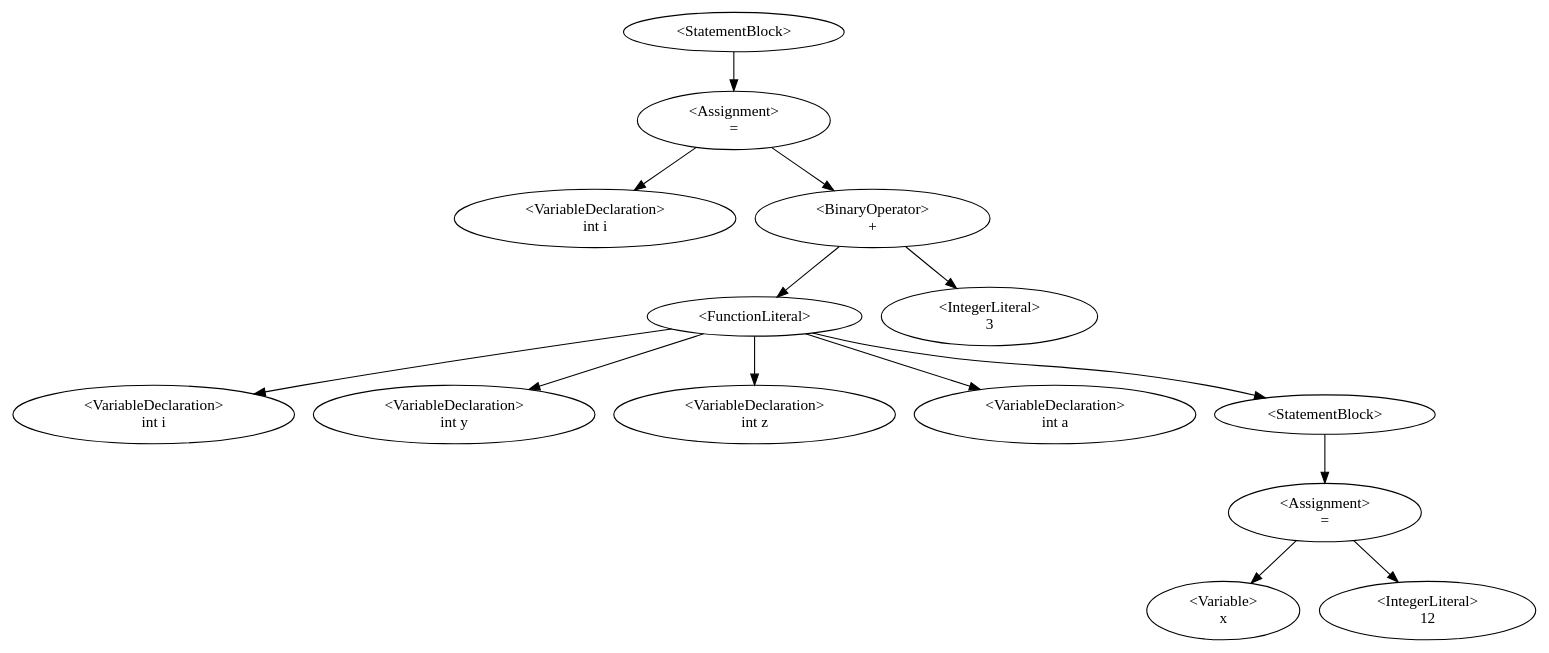
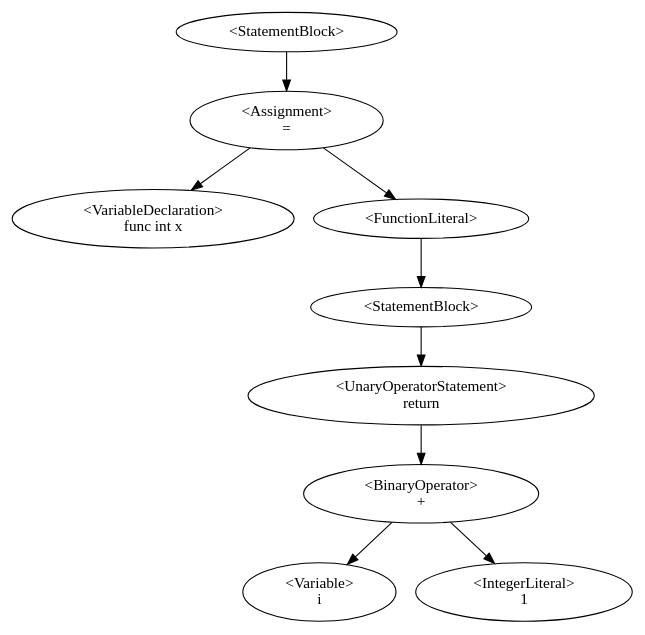
The diagram in Dino/Dino/AstDisplay.gv (QazmoQwerty/dino), drawn with Graphviz before and after one commit. The commit also changed 6 other files, not shown here.

```diff
--- a/Dino/Dino/AstDisplay.gv
+++ b/Dino/Dino/AstDisplay.gv
@@ -1,16 +1,11 @@
 digraph G {
 0 [label="<StatementBlock>"];0->2;
-2 [label="<Assignment>\n="];2->1;2->15;
-1 [label="<VariableDeclaration>\nint i"];
-15 [label="<BinaryOperator>\n+"];15->10;15->16;
-10 [label="<FunctionLiteral>"];10->3;10->5;10->7;10->9;10->11;
-3 [label="<VariableDeclaration>\nint i"];
-5 [label="<VariableDeclaration>\nint y"];
-7 [label="<VariableDeclaration>\nint z"];
-9 [label="<VariableDeclaration>\nint a"];
-11 [label="<StatementBlock>"];11->13;
-13 [label="<Assignment>\n="];13->12;13->14;
-12 [label="<Variable>\nx"];
-14 [label="<IntegerLiteral>\n12"];
-16 [label="<IntegerLiteral>\n3"];
+2 [label="<Assignment>\n="];2->1;2->4;
+1 [label="<VariableDeclaration>\nfunc int x"];
+4 [label="<FunctionLiteral>"];4->5;
+5 [label="<StatementBlock>"];5->6;
+6 [label="<UnaryOperatorStatement>\nreturn"];6->8;
+8 [label="<BinaryOperator>\n+"];8->7;8->9;
+7 [label="<Variable>\ni"];
+9 [label="<IntegerLiteral>\n1"];
 }
```
